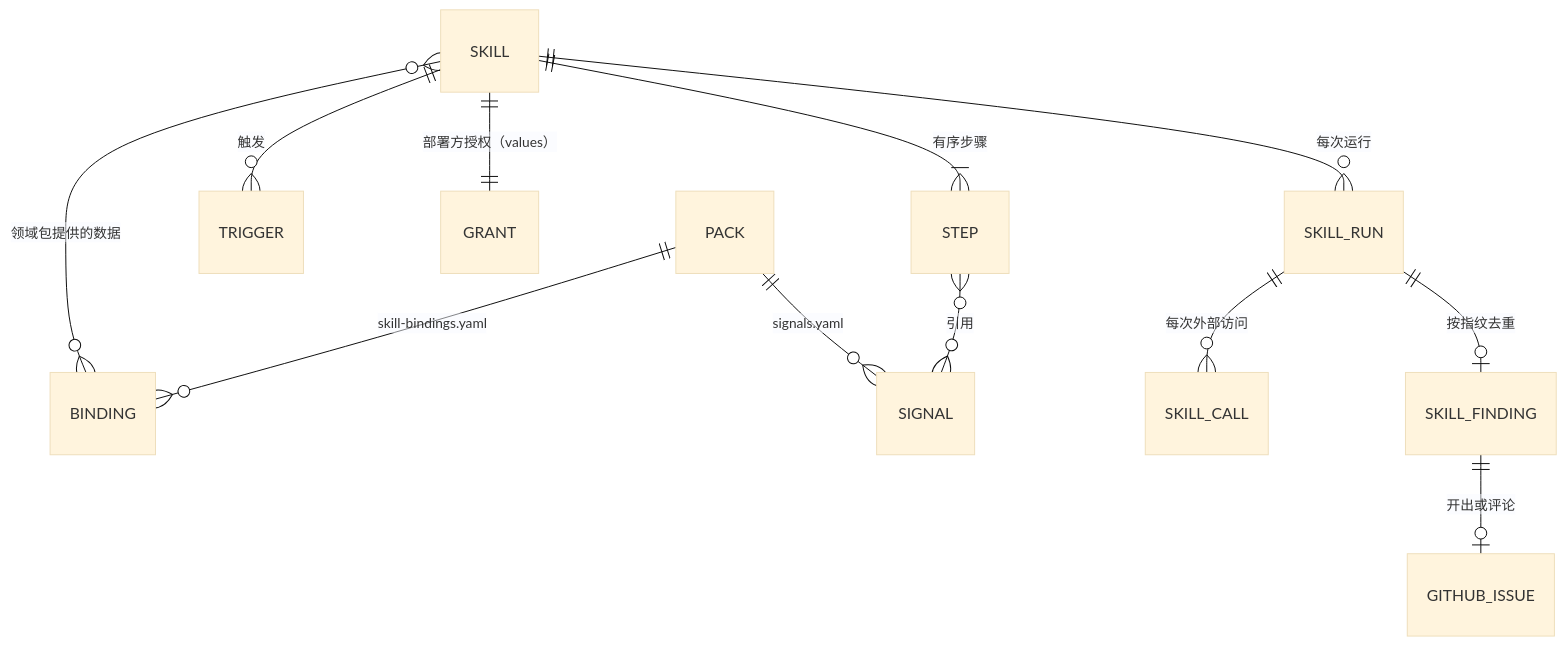
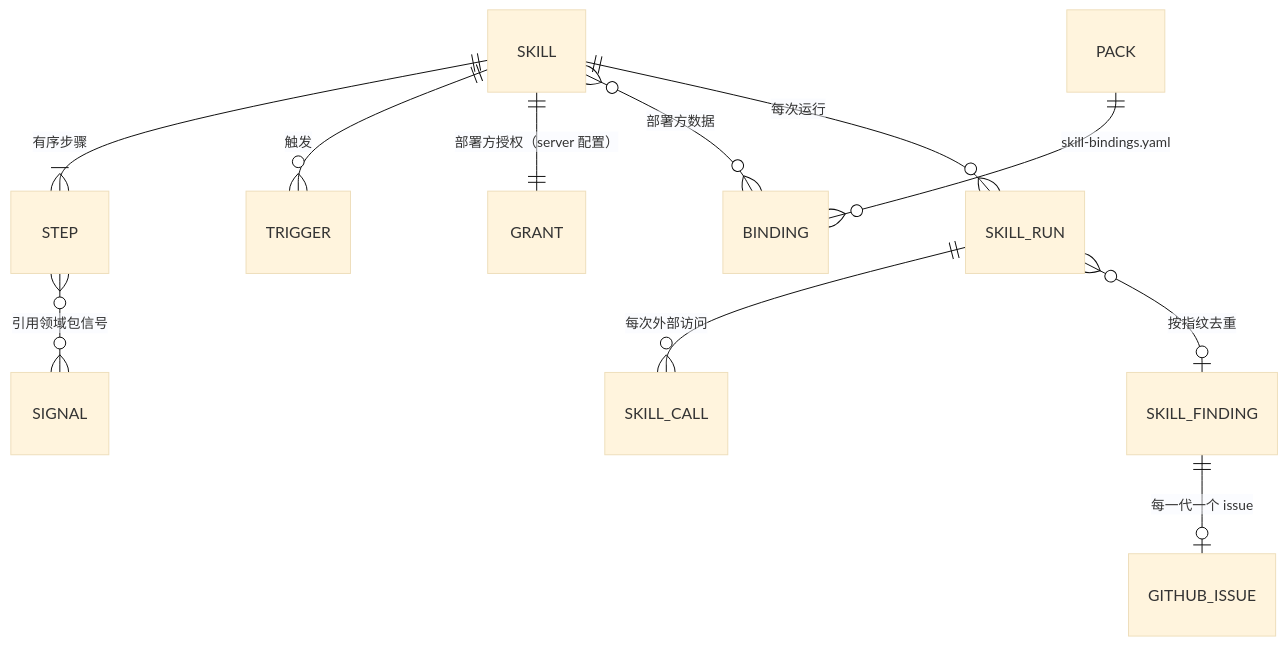
Before and after one commit to Zzhihon/SreNautix: the diagram in docs/adr/0181-hot-pluggable-skills.md, drawn with Mermaid (base theme). The commit also changed other lines of this file and 7 other files, not shown here.

````diff
--- a/docs/adr/0181-hot-pluggable-skills.md
+++ b/docs/adr/0181-hot-pluggable-skills.md
@@ -25,14 +21,13 @@
 ```mermaid
 erDiagram
   SKILL ||--|{ STEP : "有序步骤"
   SKILL ||--o{ TRIGGER : "触发"
-  SKILL ||--|| GRANT : "部署方授权（values）"
-  SKILL }o--o{ BINDING : "领域包提供的数据"
+  SKILL ||--|| GRANT : "部署方授权（server 配置）"
   PACK ||--o{ BINDING : "skill-bindings.yaml"
-  PACK ||--o{ SIGNAL : "signals.yaml"
-  STEP }o--o{ SIGNAL : "引用"
+  SKILL }o--o{ BINDING : "部署方数据"
+  STEP }o--o{ SIGNAL : "引用领域包信号"
   SKILL ||--o{ SKILL_RUN : "每次运行"
   SKILL_RUN ||--o{ SKILL_CALL : "每次外部访问"
-  SKILL_RUN ||--o| SKILL_FINDING : "按指纹去重"
-  SKILL_FINDING ||--o| GITHUB_ISSUE : "开出或评论"
+  SKILL_RUN }o--o| SKILL_FINDING : "按指纹去重"
+  SKILL_FINDING ||--o| GITHUB_ISSUE : "每一代一个 issue"
 ```
````
